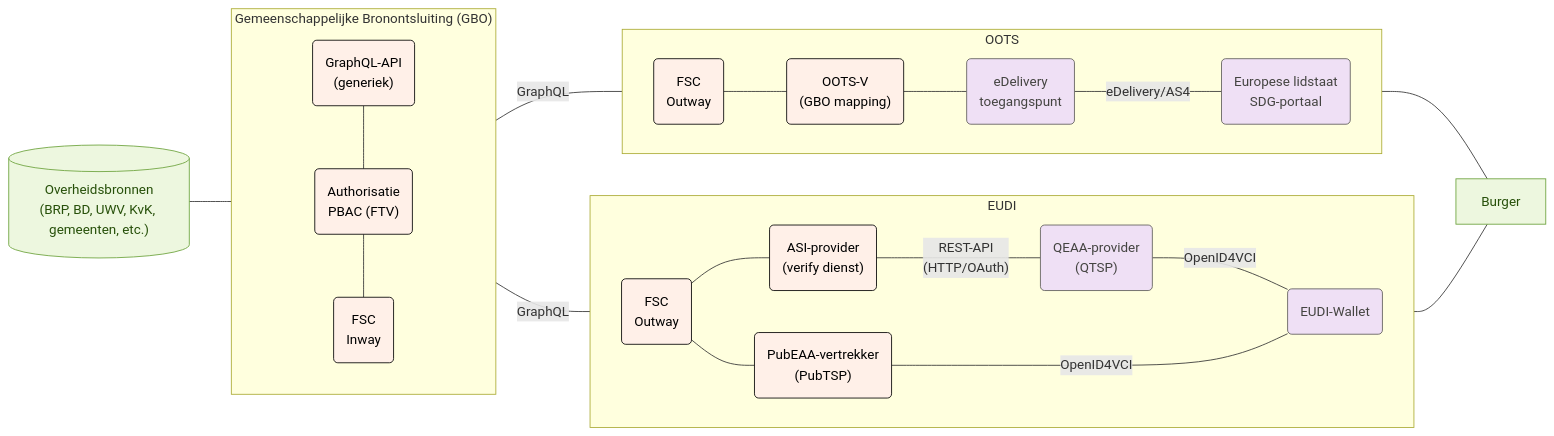
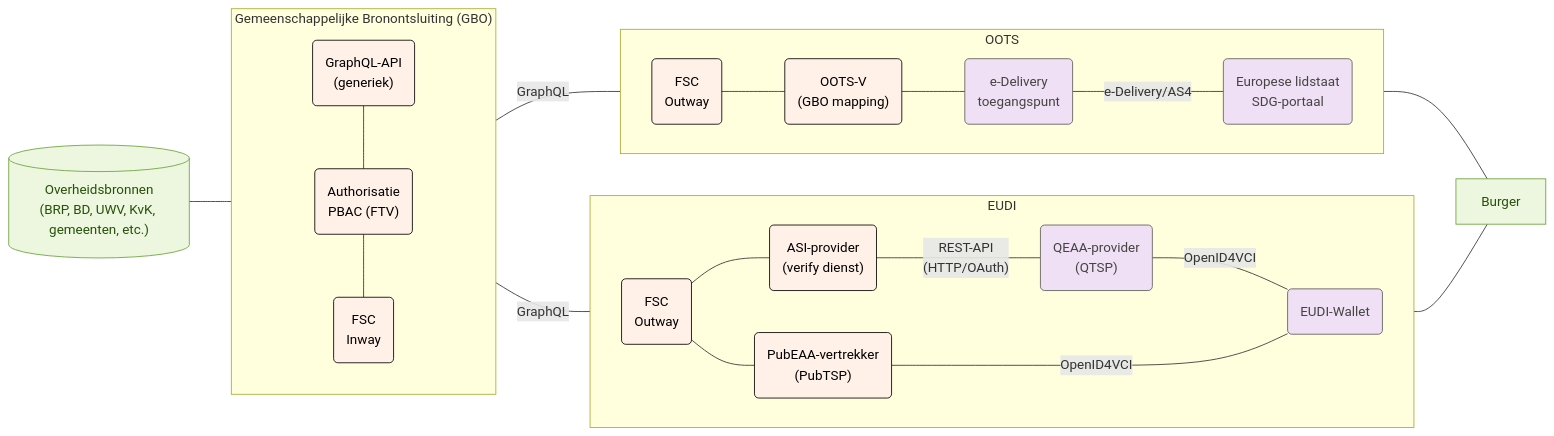
One commit to ICTU/GBO-PSA changed the diagram in docs/diagrammen/ubo_swimlanes_ubo_hackathon.mmd. Above: the diagram before and after it, drawn with Mermaid. The commit also changed 16 other files, not shown here.

```diff
--- a/docs/diagrammen/ubo_swimlanes_ubo_hackathon.mmd
+++ b/docs/diagrammen/ubo_swimlanes_ubo_hackathon.mmd
@@ -1,61 +1,61 @@
 flowchart LR
   subgraph gbo["Gemeenschappelijke Bronontsluiting (GBO)"]
     direction TB
         fsc_pap("Authorisatie<br>PBAC (FTV)")
         fsc("GraphQL-API<br/>(generiek)")
         fsc_inway("FSC<br/>Inway")
   end
   subgraph eudi["EUDI"]
     direction LR
         eudi_outway("FSC<br/>Outway")
         eudi_asi("ASI-provider<br/>(verify dienst)")
         eudi_pubeaa("PubEAA-vertrekker<br/>(PubTSP)")
         eudi_qeaa("QEAA-provider<br/>(QTSP)")
         eudi_wallet("EUDI-Wallet")
   end
   subgraph oots["OOTS"]
     direction LR
         oots_outway("FSC<br/>Outway")
         oots_adapter("OOTS-V<br/>(GBO mapping)")
-        oots_basis("eDelivery<br/>toegangspunt")
+        oots_basis("e-Delivery<br/>toegangspunt")
         oots_afnemer("Europese lidstaat<br/>SDG-portaal")
   end
 
 
   fsc ---fsc_pap---fsc_inway
   bron[("Overheidsbronnen<br/>(BRP, BD, UWV, KvK, gemeenten, etc.)")]  --- fsc
   eudi_asi -- REST-API<br/>(HTTP/OAuth) --- eudi_qeaa
   eudi_qeaa -- OpenID4VCI --- eudi_wallet
   fsc_inway -- GraphQL --- oots_outway & eudi_outway
   eudi_outway--- eudi_pubeaa -- OpenID4VCI ---- eudi_wallet
   eudi_outway--- eudi_asi
   oots_outway --- oots_adapter --- oots_basis
-  oots_basis -- eDelivery/AS4 --- oots_afnemer
+  oots_basis -- e-Delivery/AS4 --- oots_afnemer
 
   eudi_wallet --- burger["Burger"]
   oots_afnemer --- burger
 
 
   fsc_pap:::gbo
   fsc:::gbo
   fsc_inway:::gbo
   eudi_asi:::gbo
   eudi_outway:::gbo
   eudi_pubeaa:::gbo
   eudi_qeaa:::eudi
   eudi_wallet:::eudi
   oots_adapter:::gbo
   oots_outway:::gbo
   oots_basis:::oots
   oots_afnemer:::oots
  
   bron:::bron
   burger:::burger
 
   classDef bron fill:#edf7df,stroke:#6aa13a,color:#27500a
   classDef generiek fill:#f1efe8,stroke:#5f5e5a,color:#444441
   classDef eudi fill:#efe0f5,stroke:#5f5e5a,color:#444441
   classDef oots fill:#efe0f5,stroke:#5f5e5a,color:#444441
   classDef dvtp fill:#f1efe8,stroke:#5f5e5a,color:#444441
   classDef gbo fill:#fff0e8,stroke:#000000,color:#000000
   classDef burger fill:#edf7df,stroke:#6aa13a,color:#27500a
```
